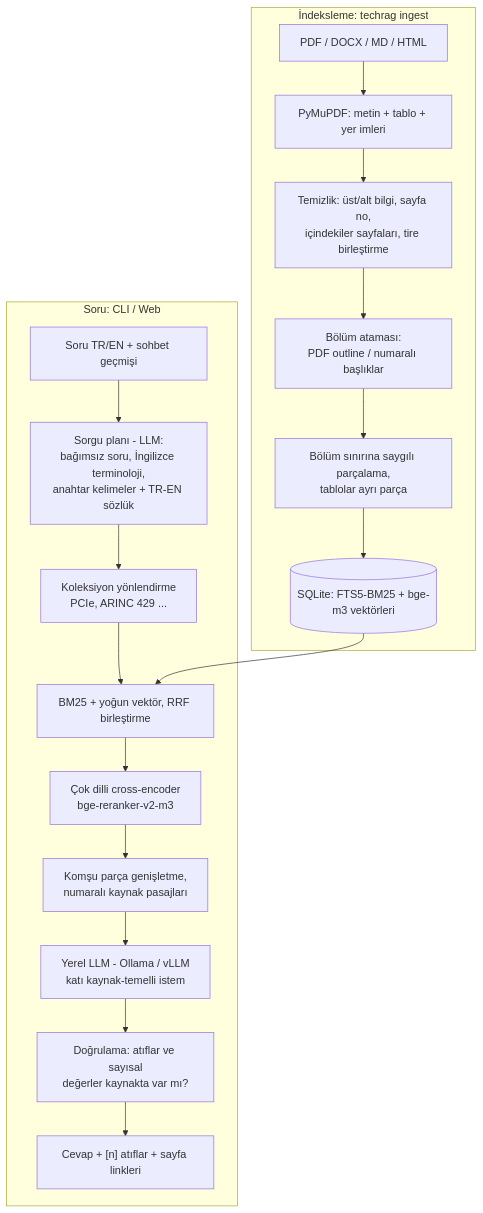
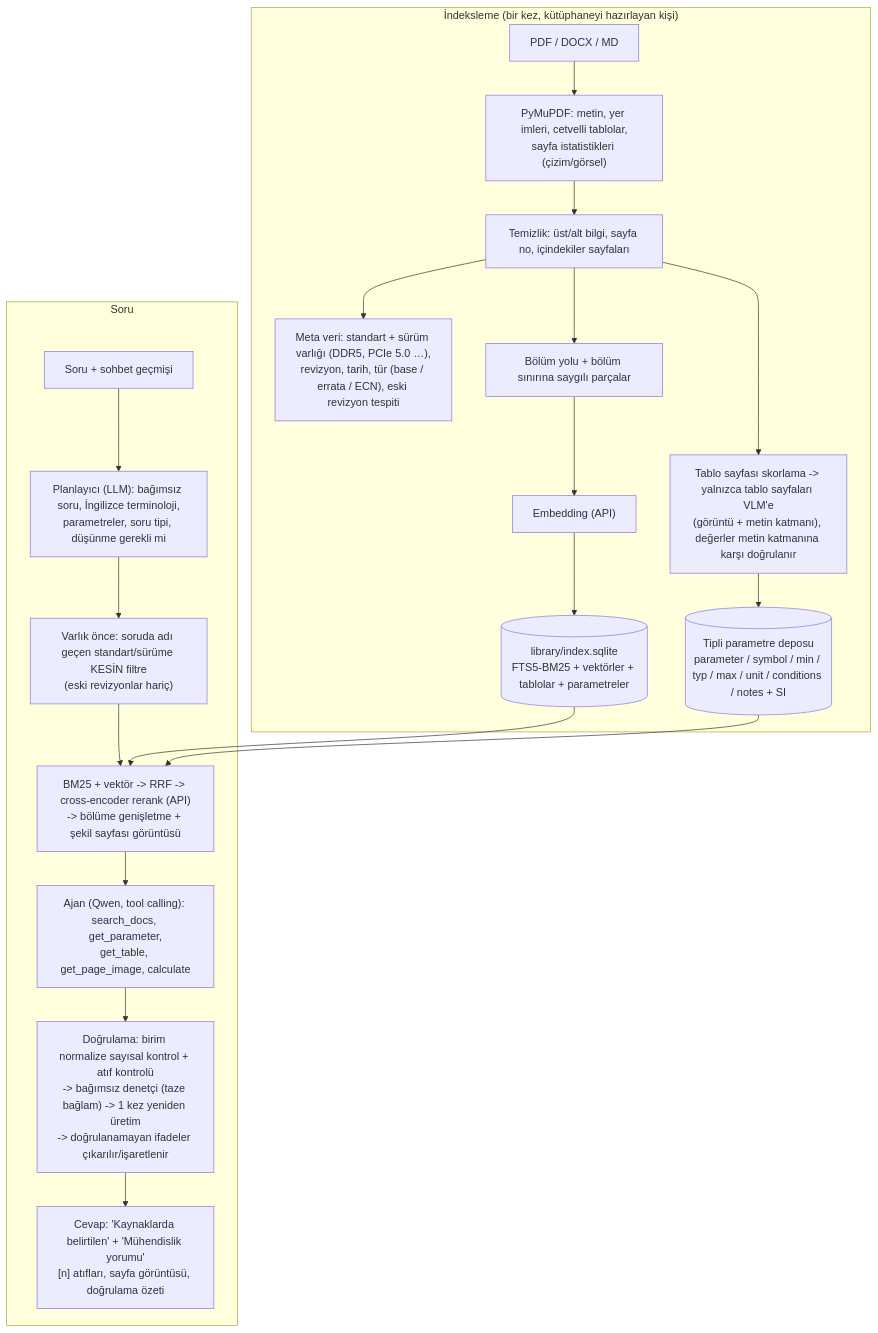
Before and after one commit to berkaytoptas12-commits/STU: the diagram in README.md, drawn with Mermaid. The commit also changed other lines of this file and 5 other files, not shown here.

````diff
--- a/README.md
+++ b/README.md
@@ -26,21 +16,23 @@
 ```mermaid
 flowchart TB
-    subgraph Ingest["İndeksleme: techrag ingest"]
-        A["PDF / DOCX / MD / HTML"] --> B["PyMuPDF: metin + tablo + yer imleri"]
-        B --> C["Temizlik: üst/alt bilgi, sayfa no,<br/>içindekiler sayfaları, tire birleştirme"]
-        C --> D["Bölüm ataması:<br/>PDF outline / numaralı başlıklar"]
-        D --> E["Bölüm sınırına saygılı parçalama,<br/>tablolar ayrı parça"]
-        E --> F[("SQLite: FTS5-BM25 + bge-m3 vektörleri")]
+    subgraph Ingest["İndeksleme (bir kez, kütüphaneyi hazırlayan kişi)"]
+        A["PDF / DOCX / MD"] --> B["PyMuPDF: metin, yer imleri, cetvelli tablolar,<br/>sayfa istatistikleri (çizim/görsel)"]
+        B --> C["Temizlik: üst/alt bilgi, sayfa no, içindekiler sayfaları"]
+        C --> M["Meta veri: standart + sürüm varlığı (DDR5, PCIe 5.0 …),<br/>revizyon, tarih, tür (base / errata / ECN), eski revizyon tespiti"]
+        C --> V["Tablo sayfası skorlama -> yalnızca tablo sayfaları VLM'e<br/>(görüntü + metin katmanı), değerler metin katmanına karşı doğrulanır"]
+        V --> P[("Tipli parametre deposu<br/>parameter / symbol / min / typ / max / unit / conditions / notes + SI")]
+        C --> D["Bölüm yolu + bölüm sınırına saygılı parçalar"]
+        D --> E["Embedding (API)"]
+        E --> F[("library/index.sqlite<br/>FTS5-BM25 + vektörler + tablolar + parametreler")]
     end
-    subgraph Ask["Soru: CLI / Web"]
-        Q["Soru TR/EN + sohbet geçmişi"] --> P["Sorgu planı - LLM:<br/>bağımsız soru, İngilizce terminoloji,<br/>anahtar kelimeler + TR-EN sözlük"]
-        P --> R["Koleksiyon yönlendirme<br/>PCIe, ARINC 429 ..."]
-        R --> S["BM25 + yoğun vektör, RRF birleştirme"]
+    subgraph Ask["Soru"]
+        Q["Soru + sohbet geçmişi"] --> PL["Planlayıcı (LLM): bağımsız soru, İngilizce terminoloji,<br/>parametreler, soru tipi, düşünme gerekli mi"]
+        PL --> R["Varlık önce: soruda adı geçen standart/sürüme KESİN filtre<br/>(eski revizyonlar hariç)"]
+        R --> S["BM25 + vektör -> RRF -> cross-encoder rerank (API)<br/>-> bölüme genişletme + şekil sayfası görüntüsü"]
         F --> S
-        S --> T["Çok dilli cross-encoder<br/>bge-reranker-v2-m3"]
-        T --> U["Komşu parça genişletme,<br/>numaralı kaynak pasajları"]
-        U --> V["Yerel LLM - Ollama / vLLM<br/>katı kaynak-temelli istem"]
-        V --> W["Doğrulama: atıflar ve sayısal<br/>değerler kaynakta var mı?"]
-        W --> X["Cevap + [n] atıflar + sayfa linkleri"]
+        P --> S
+        S --> AG["Ajan (Qwen, tool calling): search_docs, get_parameter,<br/>get_table, get_page_image, calculate"]
+        AG --> VE["Doğrulama: birim normalize sayısal kontrol + atıf kontrolü<br/>-> bağımsız denetçi (taze bağlam) -> 1 kez yeniden üretim<br/>-> doğrulanamayan ifadeler çıkarılır/işaretlenir"]
+        VE --> X["Cevap: 'Kaynaklarda belirtilen' + 'Mühendislik yorumu'<br/>[n] atıfları, sayfa görüntüsü, doğrulama özeti"]
     end
 ```
````
